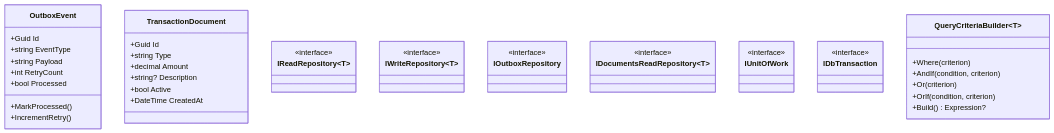
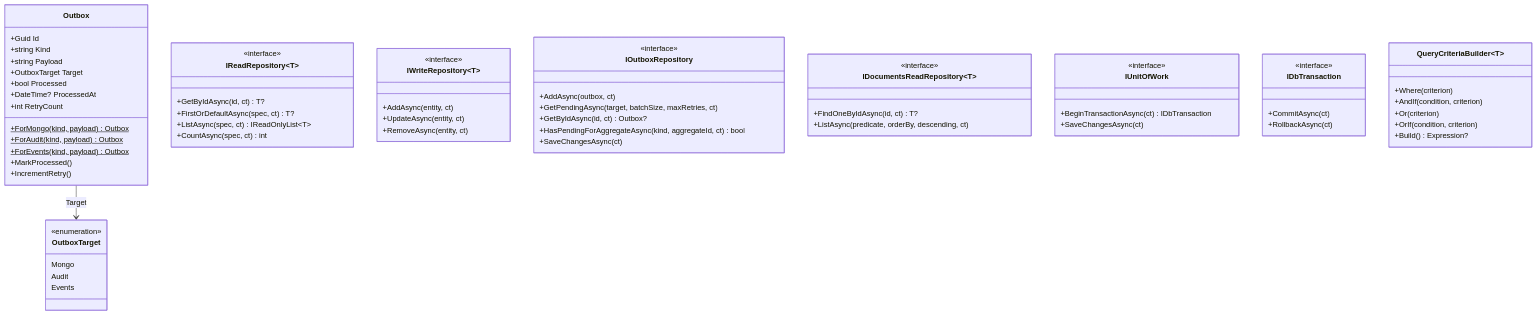
Before and after one commit to filipececcon/arch-challenge: the second of 3 diagrams in docs/architecture/cashflow/layer-03-domain.md, drawn with Mermaid. The commit also changed other lines of this file and 38 other files, not shown here.

First line of the commit message:
Refactor Cashflow architecture docs for account aggregate and unified outbox

````diff
--- a/docs/architecture/cashflow/layer-03-domain.md
+++ b/docs/architecture/cashflow/layer-03-domain.md
@@ -105,53 +126,76 @@
 ```mermaid
 classDiagram
-    class OutboxEvent {
+    class Outbox {
         +Guid Id
-        +string EventType
+        +string Kind
         +string Payload
+        +OutboxTarget Target
+        +bool Processed
+        +DateTime? ProcessedAt
         +int RetryCount
-        +bool Processed
+        +ForMongo(kind, payload)$ Outbox
+        +ForAudit(kind, payload)$ Outbox
+        +ForEvents(kind, payload)$ Outbox
         +MarkProcessed()
         +IncrementRetry()
     }
 
-    class TransactionDocument {
-        +Guid Id
-        +string Type
-        +decimal Amount
-        +string? Description
-        +bool Active
-        +DateTime CreatedAt
+    class OutboxTarget {
+        <<enumeration>>
+        Mongo
+        Audit
+        Events
     }
 
     class IReadRepository~T~ {
         <<interface>>
+        +GetByIdAsync(id, ct) T?
+        +FirstOrDefaultAsync(spec, ct) T?
+        +ListAsync(spec, ct) IReadOnlyList~T~
+        +CountAsync(spec, ct) int
     }
 
     class IWriteRepository~T~ {
         <<interface>>
+        +AddAsync(entity, ct)
+        +UpdateAsync(entity, ct)
+        +RemoveAsync(entity, ct)
     }
 
     class IOutboxRepository {
         <<interface>>
+        +AddAsync(outbox, ct)
+        +GetPendingAsync(target, batchSize, maxRetries, ct)
+        +GetByIdAsync(id, ct) Outbox?
+        +HasPendingForAggregateAsync(kind, aggregateId, ct) bool
+        +SaveChangesAsync(ct)
     }
 
     class IDocumentsReadRepository~T~ {
         <<interface>>
+        +FindOneByIdAsync(id, ct) T?
+        +ListAsync(predicate, orderBy, descending, ct)
     }
 
     class IUnitOfWork {
         <<interface>>
+        +BeginTransactionAsync(ct) IDbTransaction
+        +SaveChangesAsync(ct)
     }
 
     class IDbTransaction {
         <<interface>>
+        +CommitAsync(ct)
+        +RollbackAsync(ct)
     }
 
     class QueryCriteriaBuilder~T~ {
         +Where(criterion)
         +AndIf(condition, criterion)
         +Or(criterion)
         +OrIf(condition, criterion)
         +Build() Expression?
     }
+
+    Outbox --> OutboxTarget : Target
 ```
````
